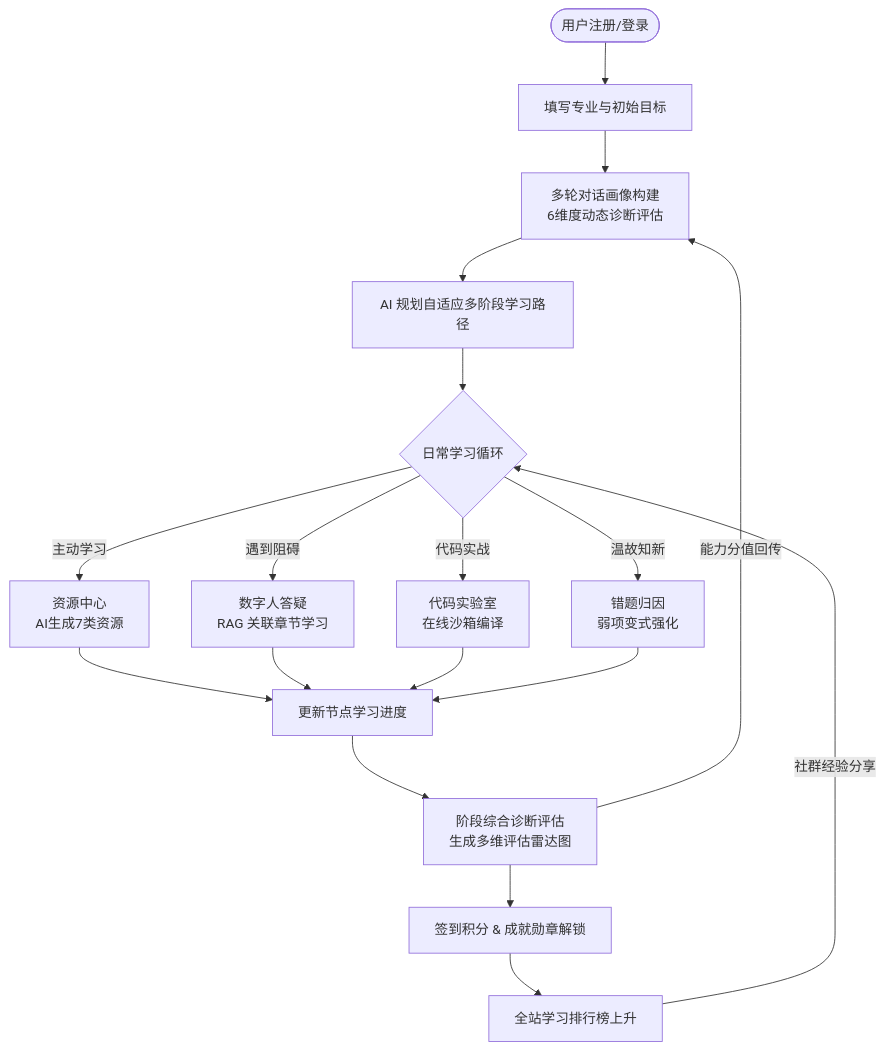
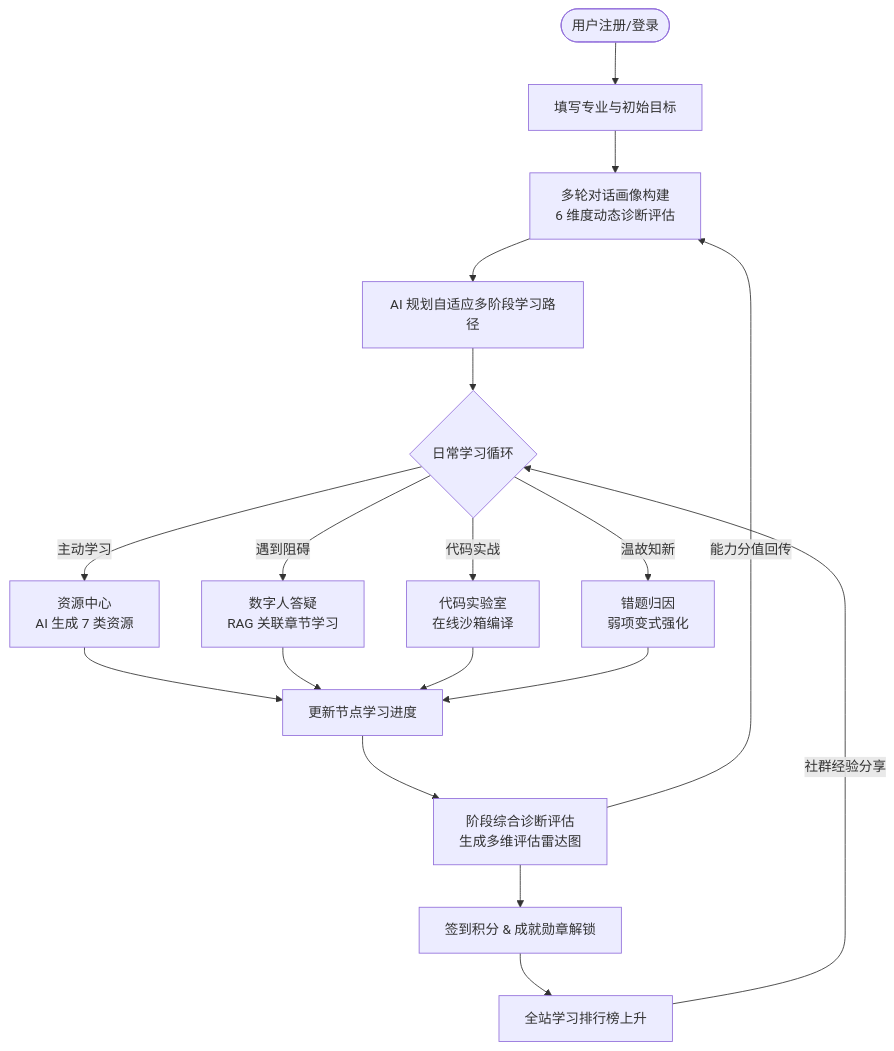
The diagram in README.md (wyxpro/Kowell-AI), drawn with Mermaid before and after one commit. The commit also changed other lines of this file and 1 other file, not shown here.

````diff
--- a/README.md
+++ b/README.md
@@ -150,17 +184,17 @@
 ```mermaid
 flowchart TD
     A([用户注册/登录]) --> B[填写专业与初始目标]
-    B --> C[多轮对话画像构建\n6维度动态诊断评估]
+    B --> C[多轮对话画像构建<br/>6 维度动态诊断评估]
     C --> D[AI 规划自适应多阶段学习路径]
     D --> E{日常学习循环}
-    E -->|主动学习| F[资源中心\nAI生成7类资源]
-    E -->|遇到阻碍| G[数字人答疑\nRAG 关联章节学习]
-    E -->|代码实战| H[代码实验室\n在线沙箱编译]
-    E -->|温故知新| I[错题归因\n弱项变式强化]
+    E -->|主动学习| F[资源中心<br/>AI 生成 7 类资源]
+    E -->|遇到阻碍| G[数字人答疑<br/>RAG 关联章节学习]
+    E -->|代码实战| H[代码实验室<br/>在线沙箱编译]
+    E -->|温故知新| I[错题归因<br/>弱项变式强化]
     F & G & H & I --> J[更新节点学习进度]
-    J --> K[阶段综合诊断评估\n生成多维评估雷达图]
+    J --> K[阶段综合诊断评估<br/>生成多维评估雷达图]
     K -->|能力分值回传| C
     K --> L[签到积分 & 成就勋章解锁]
     L --> M[全站学习排行榜上升]
     M -->|社群经验分享| E
 ```
````
